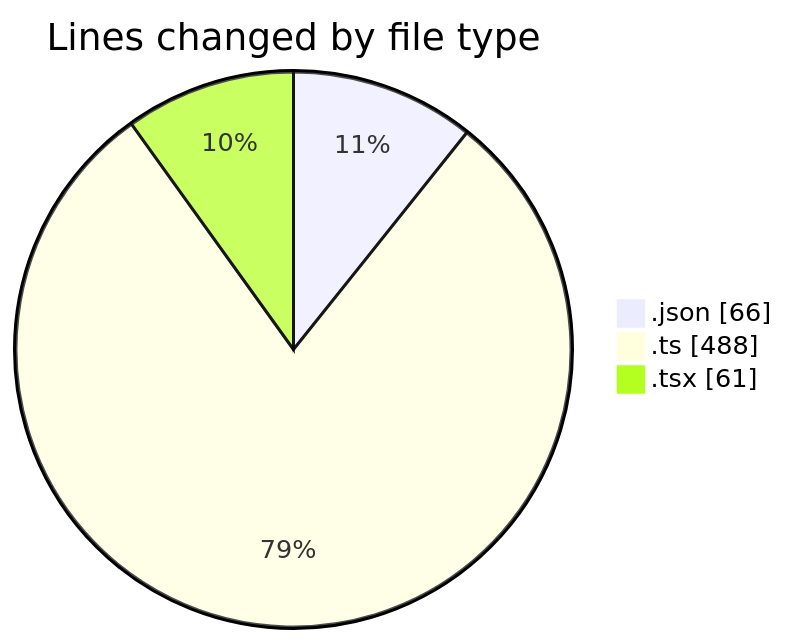
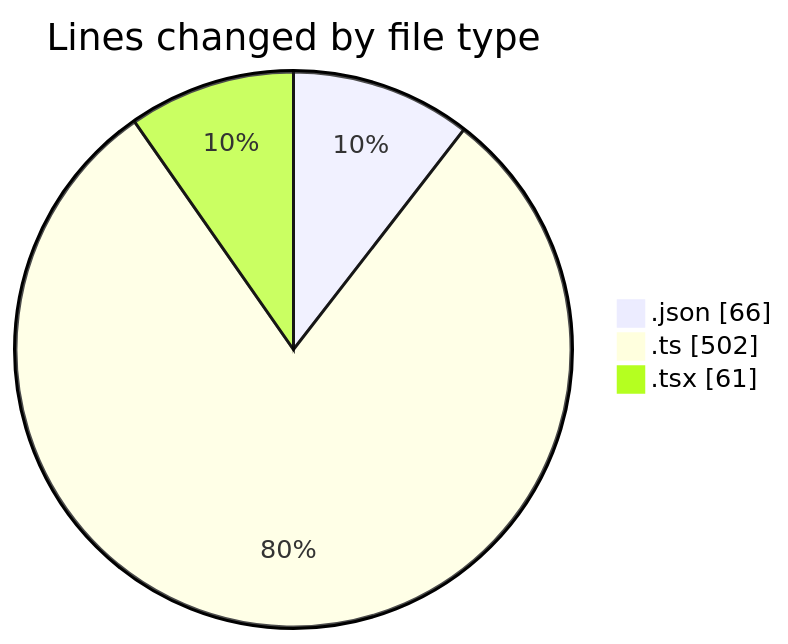
Before and after one commit to momahboobian/code-tracking: the first of 2 diagrams in 2025-05-09/cda/README.md, drawn with Mermaid. The commit also changed other lines of this file and 1 other file, not shown here.

````diff
--- a/2025-05-09/cda/README.md
+++ b/2025-05-09/cda/README.md
@@ -23,7 +23,7 @@
 ```mermaid
 pie showData
 title Lines changed by file type
 ".json" : 66
-".ts" : 488
+".ts" : 502
 ".tsx" : 61
 ```
````
